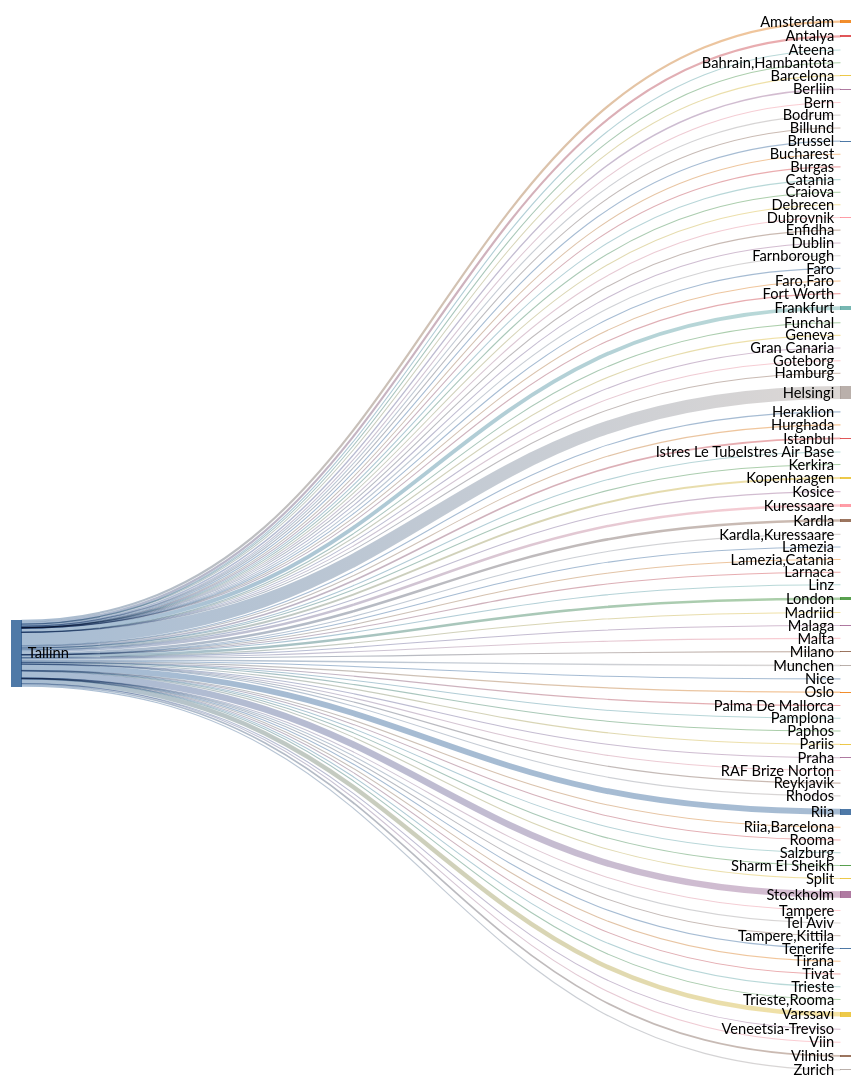
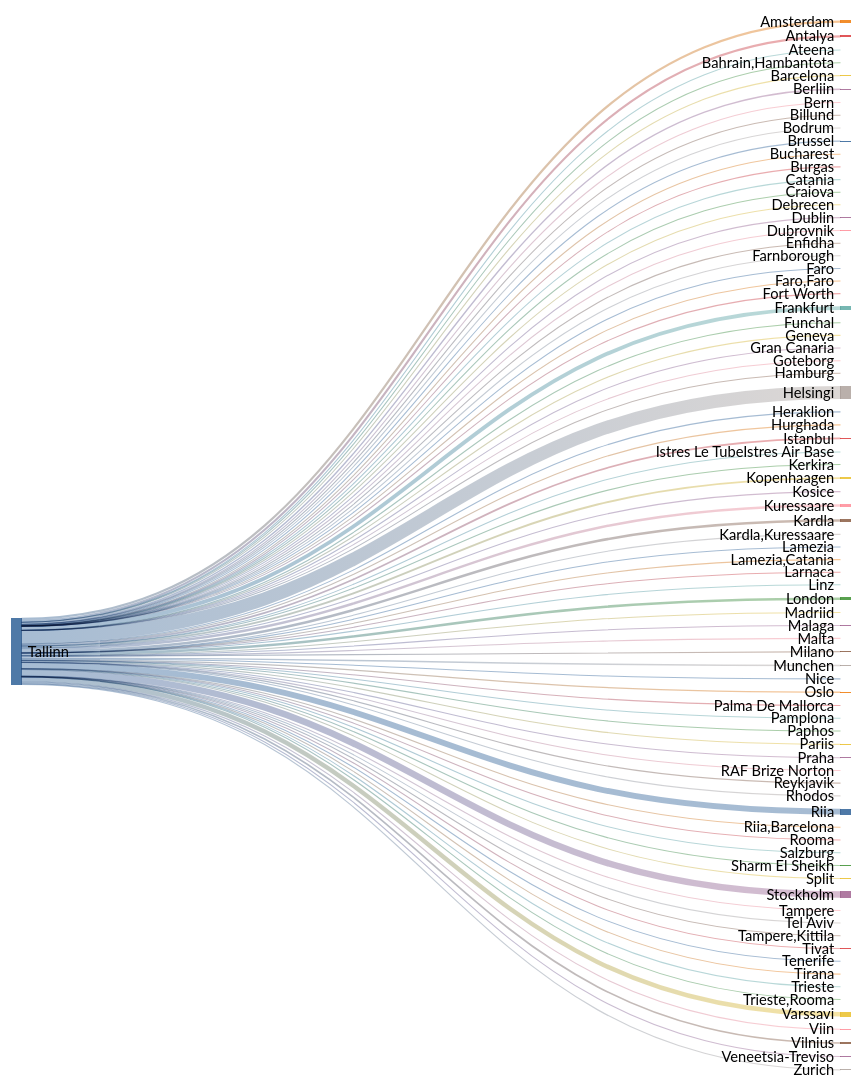
Before and after one commit to rainermesi/tll-airport-departures: the second of 2 diagrams in README.md, drawn with Mermaid (neutral theme). The commit also changed other lines of this file and 1 other file, not shown here.

```diff
--- a/README.md
+++ b/README.md
@@ -41,12 +41,12 @@
 ---
 sankey-beta
 %% source,target,value
-Tallinn,Amsterdam,585
-Tallinn,Antalya,564
+Tallinn,Amsterdam,587
+Tallinn,Antalya,567
 Tallinn,Ateena,16
 Tallinn,"Bahrain,Hambantota",1
 Tallinn,Barcelona,165
-Tallinn,Berliin,364
+Tallinn,Berliin,366
 Tallinn,Bern,1
 Tallinn,Billund,87
 Tallinn,Bodrum,15
@@ -58,55 +58,55 @@
 Tallinn,Debrecen,1
 Tallinn,Dublin,109
 Tallinn,Dubrovnik,21
-Tallinn,Enfidha,17
+Tallinn,Enfidha,18
 Tallinn,Farnborough,1
 Tallinn,Faro,4
 Tallinn,"Faro,Faro",1
 Tallinn,Fort Worth,1
-Tallinn,Frankfurt,1020
+Tallinn,Frankfurt,1023
 Tallinn,Funchal,9
 Tallinn,Geneva,13
 Tallinn,Gran Canaria,38
 Tallinn,Goteborg,2
 Tallinn,Hamburg,2
-Tallinn,Helsingi,3421
-Tallinn,Heraklion,136
+Tallinn,Helsingi,3430
+Tallinn,Heraklion,138
 Tallinn,Hurghada,77
-Tallinn,Istanbul,444
+Tallinn,Istanbul,445
 Tallinn,Istres Le TubeIstres Air Base,2
 Tallinn,Kerkira,4
-Tallinn,Kopenhaagen,497
+Tallinn,Kopenhaagen,500
 Tallinn,Kosice,1
-Tallinn,Kuressaare,648
-Tallinn,Kardla,650
+Tallinn,Kuressaare,650
+Tallinn,Kardla,652
 Tallinn,"Kardla,Kuressaare",1
 Tallinn,Lamezia,5
 Tallinn,"Lamezia,Catania",3
 Tallinn,Larnaca,8
 Tallinn,Linz,2
-Tallinn,London,661
+Tallinn,London,662
 Tallinn,Madriid,5
 Tallinn,Malaga,141
 Tallinn,Malta,36
-Tallinn,Milano,286
-Tallinn,Munchen,367
-Tallinn,Nice,66
-Tallinn,Oslo,343
+Tallinn,Milano,287
+Tallinn,Munchen,369
+Tallinn,Nice,67
+Tallinn,Oslo,344
 Tallinn,Palma De Mallorca,40
 Tallinn,Pamplona,1
 Tallinn,Paphos,66
-Tallinn,Pariis,306
+Tallinn,Pariis,307
 Tallinn,Praha,101
 Tallinn,RAF Brize Norton,1
 Tallinn,Reykjavik,20
 Tallinn,Rhodos,74
-Tallinn,Riia,1556
+Tallinn,Riia,1560
 Tallinn,"Riia,Barcelona",1
 Tallinn,Rooma,80
 Tallinn,Salzburg,14
 Tallinn,Sharm El Sheikh,120
 Tallinn,Split,67
-Tallinn,Stockholm,1715
+Tallinn,Stockholm,1720
 Tallinn,Tampere,17
 Tallinn,"Tampere,Kittila",21
 Tallinn,Tel Aviv,2
@@ -115,10 +115,10 @@
 Tallinn,Tivat,80
 Tallinn,Trieste,1
 Tallinn,"Trieste,Rooma",1
-Tallinn,Varssavi,1187
+Tallinn,Varssavi,1190
 Tallinn,Veneetsia-Treviso,67
 Tallinn,Viin,106
-Tallinn,Vilnius,434
+Tallinn,Vilnius,436
 Tallinn,Zurich,308
 
 
```
